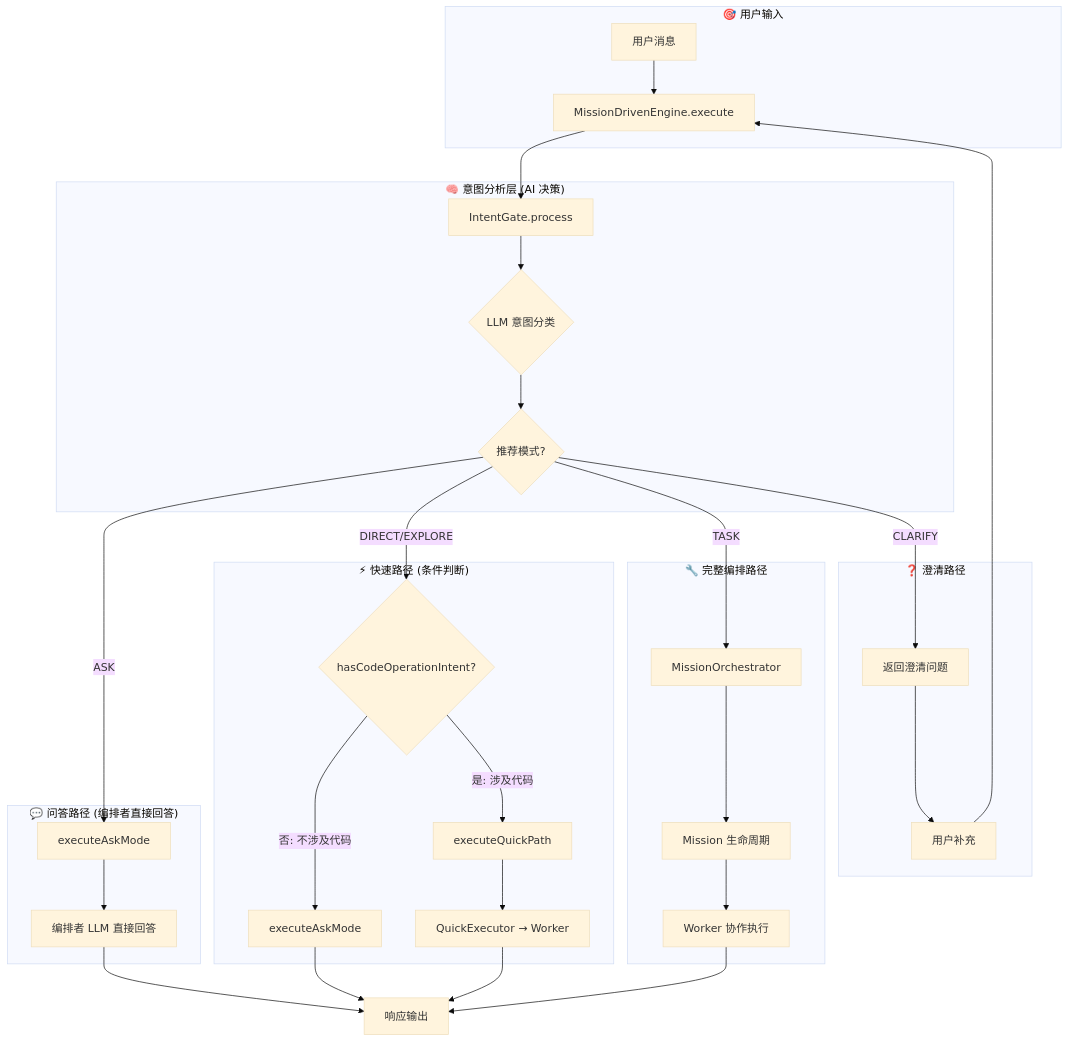
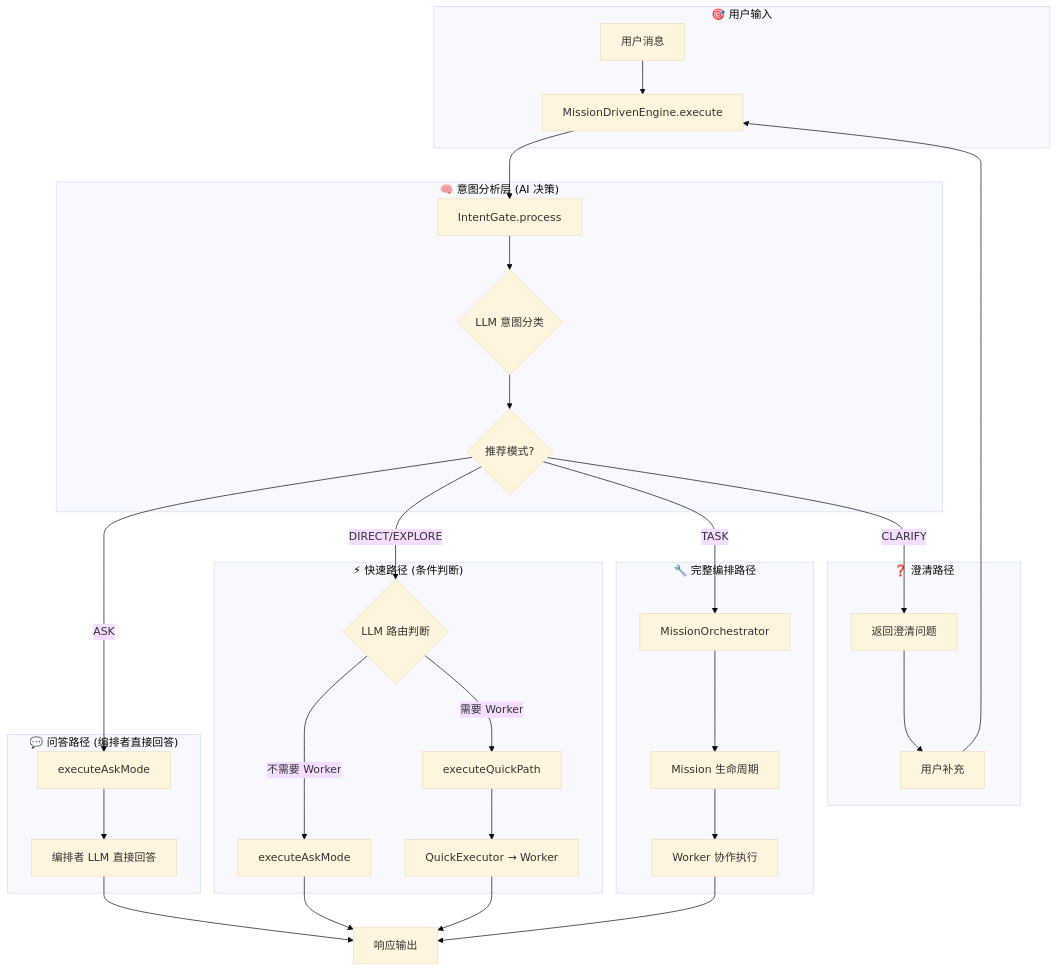
The diagram in docs/orchestration-flow-specification.md (MistRipple/magi-code), drawn with Mermaid (base theme) before and after one commit. The commit also changed other lines of this file and 26 other files, not shown here.

````diff
--- a/docs/orchestration-flow-specification.md
+++ b/docs/orchestration-flow-specification.md
@@ -277,40 +288,40 @@
 ```mermaid
 flowchart TB
     subgraph Input["🎯 用户输入"]
         A[用户消息] --> B[MissionDrivenEngine.execute]
     end
 
     subgraph IntentAnalysis["🧠 意图分析层 (AI 决策)"]
         B --> C[IntentGate.process]
         C --> D{LLM 意图分类}
         D --> E{推荐模式?}
     end
 
     subgraph AskPath["💬 问答路径 (编排者直接回答)"]
         E -->|ASK| F1[executeAskMode]
         F1 --> F2[编排者 LLM 直接回答]
     end
 
     subgraph DirectExplorePath["⚡ 快速路径 (条件判断)"]
-        E -->|DIRECT/EXPLORE| G1{hasCodeOperationIntent?}
-        G1 -->|否: 不涉及代码| G2[executeAskMode]
-        G1 -->|是: 涉及代码| G4[executeQuickPath]
+        E -->|DIRECT/EXPLORE| G1{LLM 路由判断}
+        G1 -->|不需要 Worker| G2[executeAskMode]
+        G1 -->|需要 Worker| G4[executeQuickPath]
         G4 --> G5[QuickExecutor → Worker]
     end
 
     subgraph TaskPath["🔧 完整编排路径"]
         E -->|TASK| H1[MissionOrchestrator]
         H1 --> H2[Mission 生命周期]
         H2 --> H3[Worker 协作执行]
     end
 
     subgraph ClarifyPath["❓ 澄清路径"]
         E -->|CLARIFY| I1[返回澄清问题]
         I1 --> I2[用户补充] --> B
     end
 
     F2 --> Output[响应输出]
     G2 --> Output
     G5 --> Output
     H3 --> Output
 ```
````
